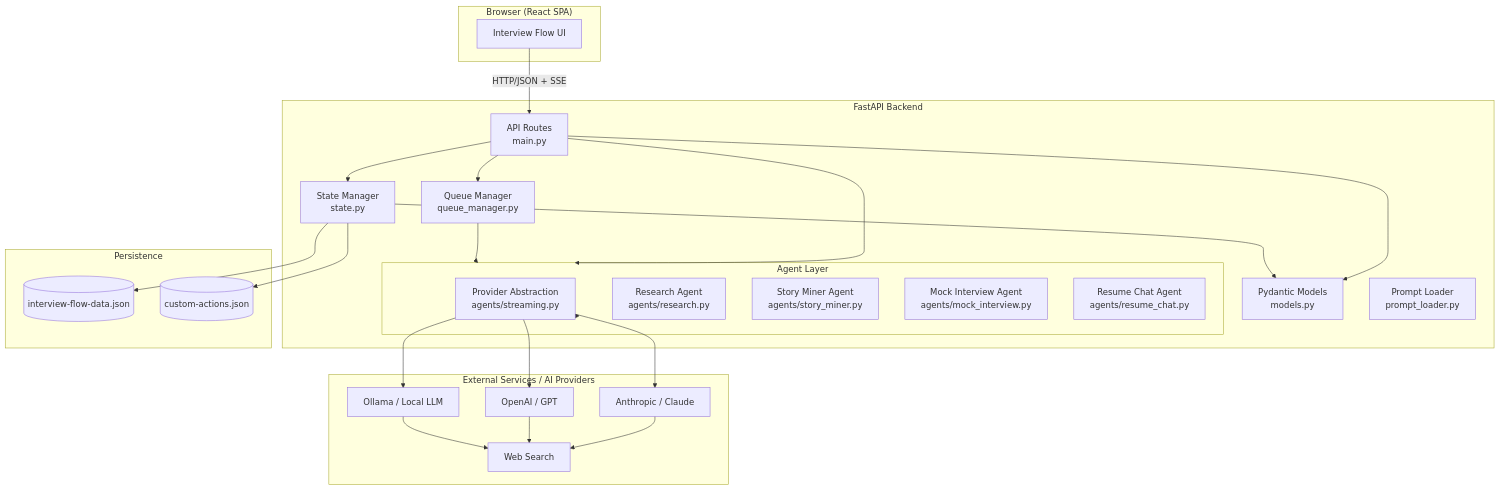
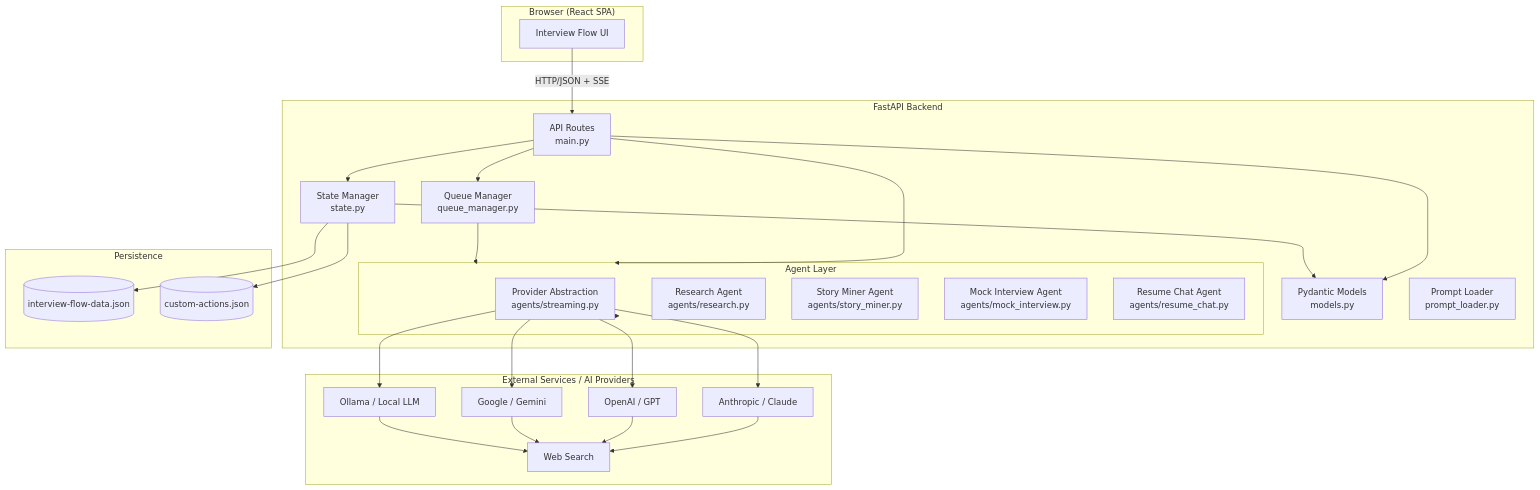
Before and after one commit to loxsmoke/interview-flow: the first of 5 diagrams in docs/hld/interview-flow.md, drawn with Mermaid. The commit also changed other lines of this file and 11 other files, not shown here.

First line of the commit message:
Add Google Gemini provider support and bump version to 1.2.0

````diff
--- a/docs/hld/interview-flow.md
+++ b/docs/hld/interview-flow.md
@@ -15,51 +15,54 @@
 ```mermaid
 graph TB
     subgraph Client["Browser (React SPA)"]
         UI[Interview Flow UI]
     end
 
     subgraph Server["FastAPI Backend"]
         Routes[API Routes<br/>main.py]
         Queue[Queue Manager<br/>queue_manager.py]
         State[State Manager<br/>state.py]
         Models[Pydantic Models<br/>models.py]
         Prompts[Prompt Loader<br/>prompt_loader.py]
 
         subgraph Agents["Agent Layer"]
             Streaming[Provider Abstraction<br/>agents/streaming.py]
             Research[Research Agent<br/>agents/research.py]
             StoryMiner[Story Miner Agent<br/>agents/story_miner.py]
             MockInterview[Mock Interview Agent<br/>agents/mock_interview.py]
             ResumeChat[Resume Chat Agent<br/>agents/resume_chat.py]
         end
     end
 
     subgraph Storage["Persistence"]
         JSONFile[(interview-flow-data.json)]
         ActionsFile[(custom-actions.json)]
     end
 
     subgraph External["External Services / AI Providers"]
         Claude[Anthropic / Claude]
         OpenAI[OpenAI / GPT]
+        Gemini[Google / Gemini]
         Ollama[Ollama / Local LLM]
         WebSearch[Web Search]
     end
 
     UI -->|HTTP/JSON + SSE| Routes
     Routes --> Queue
     Routes --> State
     Routes --> Models
     Routes --> Agents
     Queue --> Agents
     State --> JSONFile
     State --> ActionsFile
     State --> Models
     Agents --> Streaming
     Streaming --> Claude
     Streaming --> OpenAI
+    Streaming --> Gemini
     Streaming --> Ollama
     Claude --> WebSearch
     OpenAI --> WebSearch
+    Gemini --> WebSearch
     Ollama --> WebSearch
 ```
````
